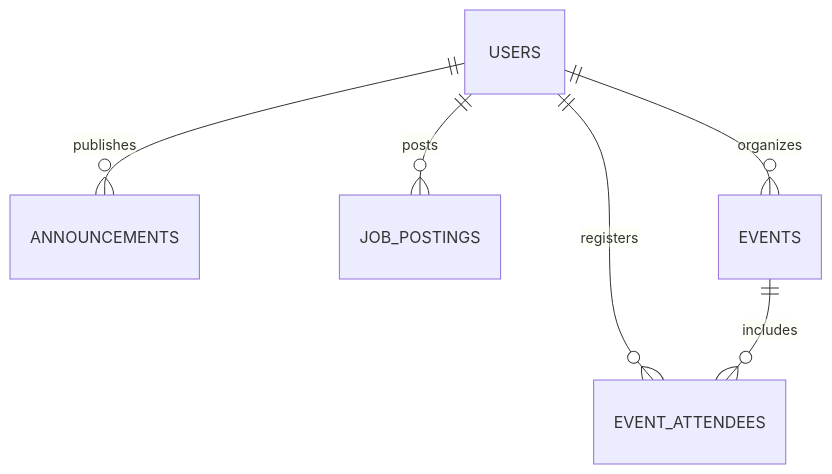
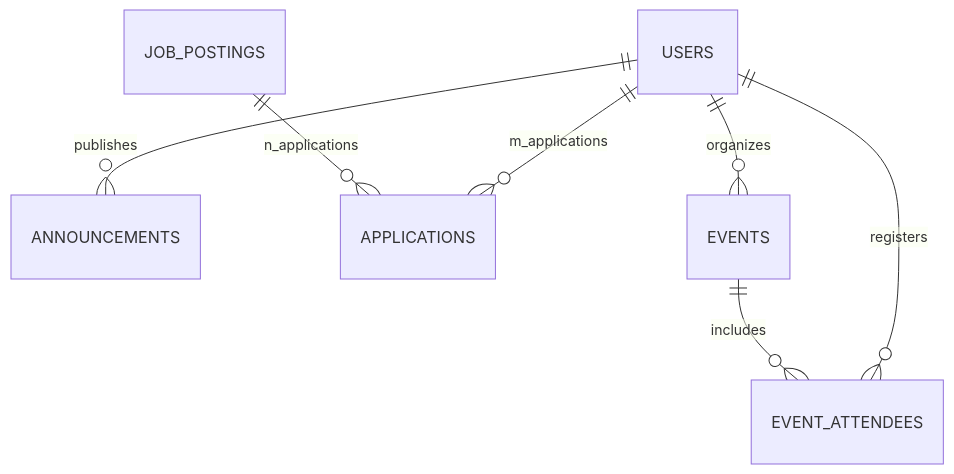
The second of 2 diagrams in README.md (sevvalsudet/alumni), drawn with Mermaid before and after one commit. The commit also changed other lines of this file, not shown here.

````diff
--- a/README.md
+++ b/README.md
@@ -125,8 +138,9 @@
 ```mermaid
 erDiagram
     USERS ||--o{ ANNOUNCEMENTS : "publishes"
-    USERS ||--o{ JOB_POSTINGS : "posts"
+    USERS ||--o{ APPLICATIONS : "m_applications"
+    JOB_POSTINGS ||--o{ APPLICATIONS : "n_applications"
     USERS ||--o{ EVENTS : "organizes"
     USERS ||--o{ EVENT_ATTENDEES : "registers"
     EVENTS ||--o{ EVENT_ATTENDEES : "includes"
 ```
````
